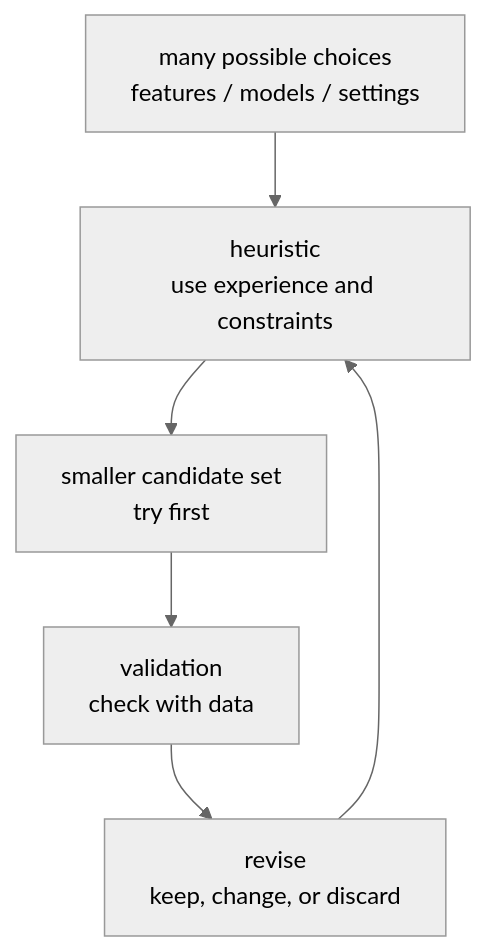
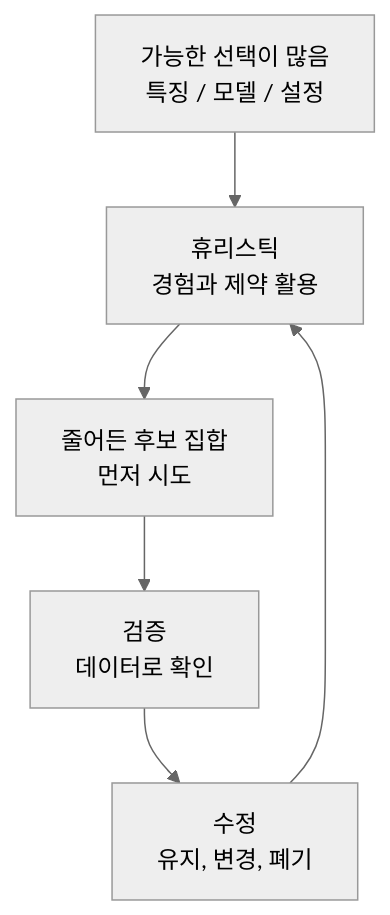
One commit to devchan64/AiBook changed the first of 2 diagrams in docs/parts/part-04/chapter-03/section-01.md. Above: the diagram before and after it, drawn with Mermaid (neutral theme). The commit also changed other lines of this file and 29 other files, not shown here.

````diff
--- a/docs/parts/part-04/chapter-03/section-01.md
+++ b/docs/parts/part-04/chapter-03/section-01.md
@@ -51,14 +51,14 @@
 ```mermaid
 flowchart TB
-  A["many possible choices<br/>features / models / settings"]
-  B["heuristic<br/>use experience and constraints"]
-  C["smaller candidate set<br/>try first"]
-  D["validation<br/>check with data"]
-  E["revise<br/>keep, change, or discard"]
+  A["가능한 선택이 많음<br/>특징 / 모델 / 설정"]
+  B["휴리스틱<br/>경험과 제약 활용"]
+  C["줄어든 후보 집합<br/>먼저 시도"]
+  D["검증<br/>데이터로 확인"]
+  E["수정<br/>유지, 변경, 폐기"]
 
   A --> B
   B --> C
   C --> D
   D --> E
   E --> B
 ```
````
